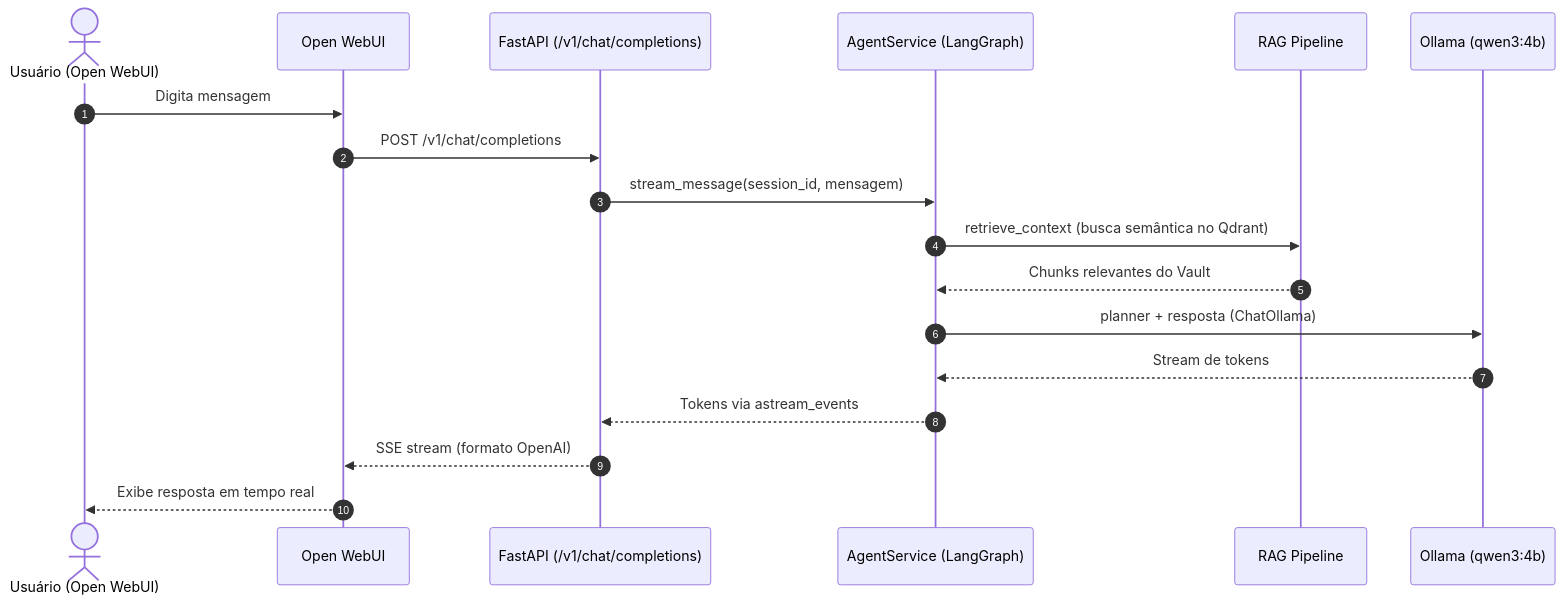
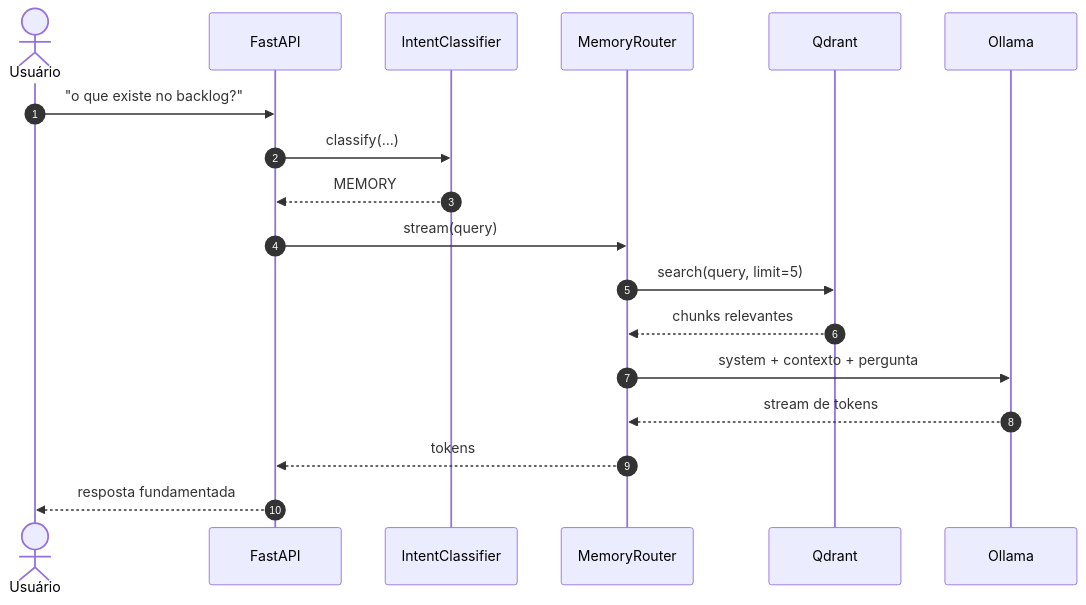
Before and after one commit to Brian5m1th/K.A.O.S: the second of 4 diagrams in docs/02_fluxo_dados.md, drawn with Mermaid. The commit also changed other lines of this file and 2 other files, not shown here.

````diff
--- a/docs/02_fluxo_dados.md
+++ b/docs/02_fluxo_dados.md
@@ -15,21 +80,21 @@
 ```mermaid
 sequenceDiagram
     autonumber
-    actor User as Usuário (Open WebUI)
-    participant OWUI as Open WebUI
-    participant PROXY as FastAPI (/v1/chat/completions)
-    participant AGENT as AgentService (LangGraph)
-    participant RAG as RAG Pipeline
-    participant LLM as Ollama (qwen3:4b)
+    actor User as Usuário
+    participant API as FastAPI
+    participant CLASS as IntentClassifier
+    participant MEM as MemoryRouter
+    participant RAG as Qdrant
+    participant LLM as Ollama
 
-    User->>OWUI: Digita mensagem
-    OWUI->>PROXY: POST /v1/chat/completions
-    PROXY->>AGENT: stream_message(session_id, mensagem)
-    AGENT->>RAG: retrieve_context (busca semântica no Qdrant)
-    RAG-->>AGENT: Chunks relevantes do Vault
-    AGENT->>LLM: planner + resposta (ChatOllama)
-    LLM-->>AGENT: Stream de tokens
-    AGENT-->>PROXY: Tokens via astream_events
-    PROXY-->>OWUI: SSE stream (formato OpenAI)
-    OWUI-->>User: Exibe resposta em tempo real
+    User->>API: "o que existe no backlog?"
+    API->>CLASS: classify(...)
+    CLASS-->>API: MEMORY
+    API->>MEM: stream(query)
+    MEM->>RAG: search(query, limit=5)
+    RAG-->>MEM: chunks relevantes
+    MEM->>LLM: system + contexto + pergunta
+    LLM-->>MEM: stream de tokens
+    MEM-->>API: tokens
+    API-->>User: resposta fundamentada
 ```
````
